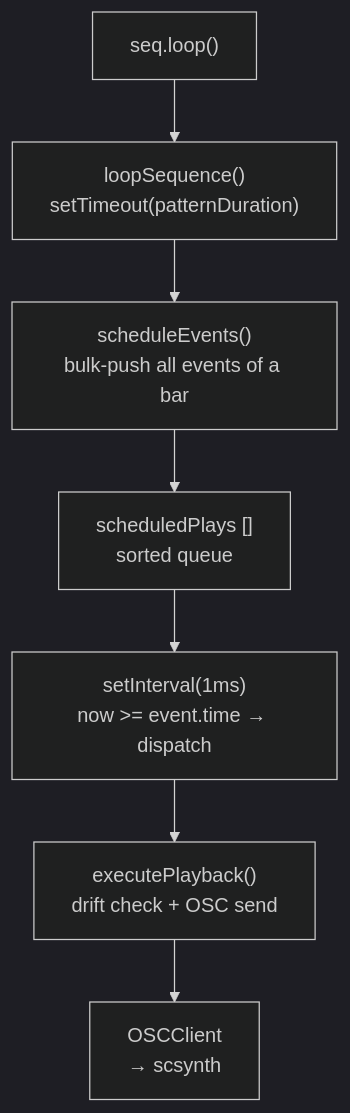
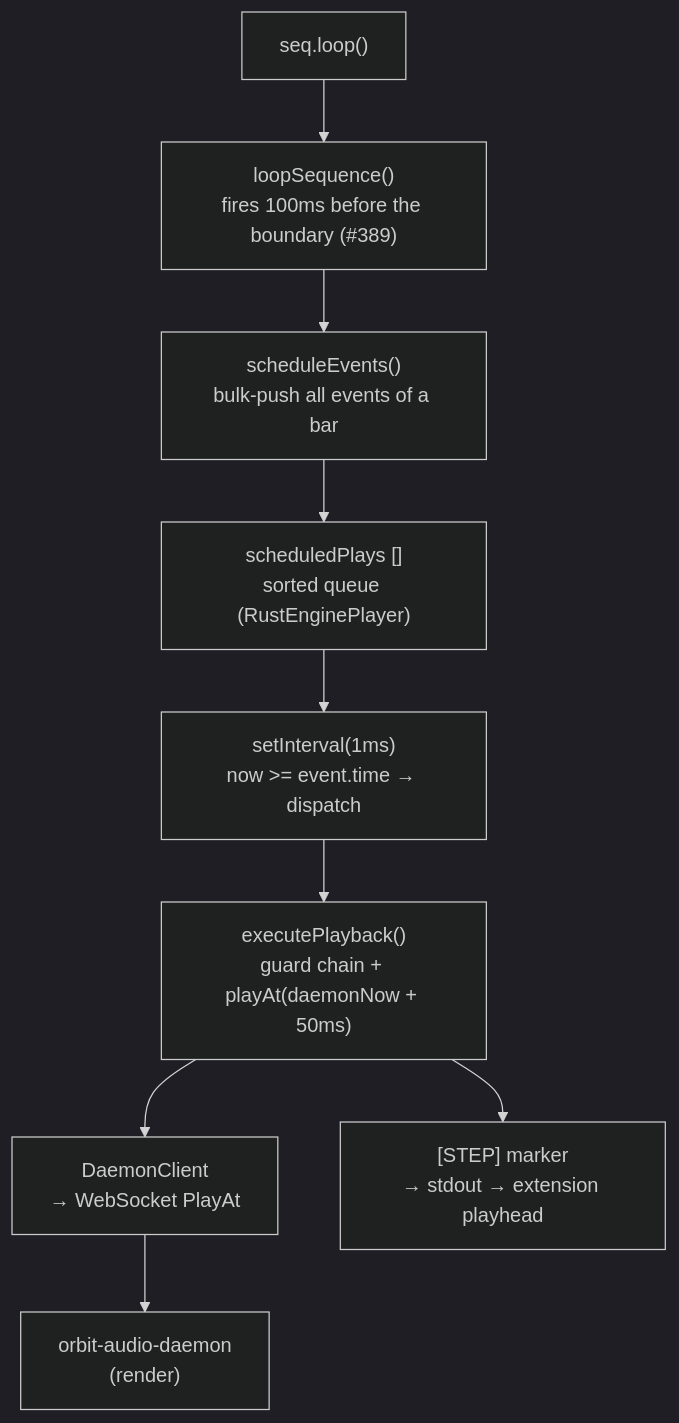
Before and after one commit to signalcompose/orbitscore: the fourth of 4 diagrams in sites/dev/en/scheduling/event-queue.md, drawn with Mermaid (dark theme). The commit also changed other lines of this file and 8 other files, not shown here.

````diff
--- a/sites/dev/en/scheduling/event-queue.md
+++ b/sites/dev/en/scheduling/event-queue.md
@@ -313,9 +576,11 @@
 ```mermaid
 flowchart TB
-  DSL["seq.loop()"] --> LS["loopSequence()\nsetTimeout(patternDuration)"]
+  DSL["seq.loop()"] --> LS["loopSequence()\nfires 100ms before the boundary (#389)"]
   LS --> SE["scheduleEvents()\nbulk-push all events of a bar"]
-  SE --> QUEUE["scheduledPlays []\nsorted queue"]
+  SE --> QUEUE["scheduledPlays []\nsorted queue (RustEnginePlayer)"]
   QUEUE --> POLL["setInterval(1ms)\nnow >= event.time → dispatch"]
-  POLL --> EP["executePlayback()\ndrift check + OSC send"]
-  EP --> OSC["OSCClient\n→ scsynth"]
+  POLL --> EP["executePlayback()\nguard chain + playAt(daemonNow + 50ms)"]
+  EP --> DC["DaemonClient\n→ WebSocket PlayAt"]
+  DC --> D["orbit-audio-daemon\n(render)"]
+  EP --> STEP["[STEP] marker\n→ stdout → extension playhead"]
 ```
````
